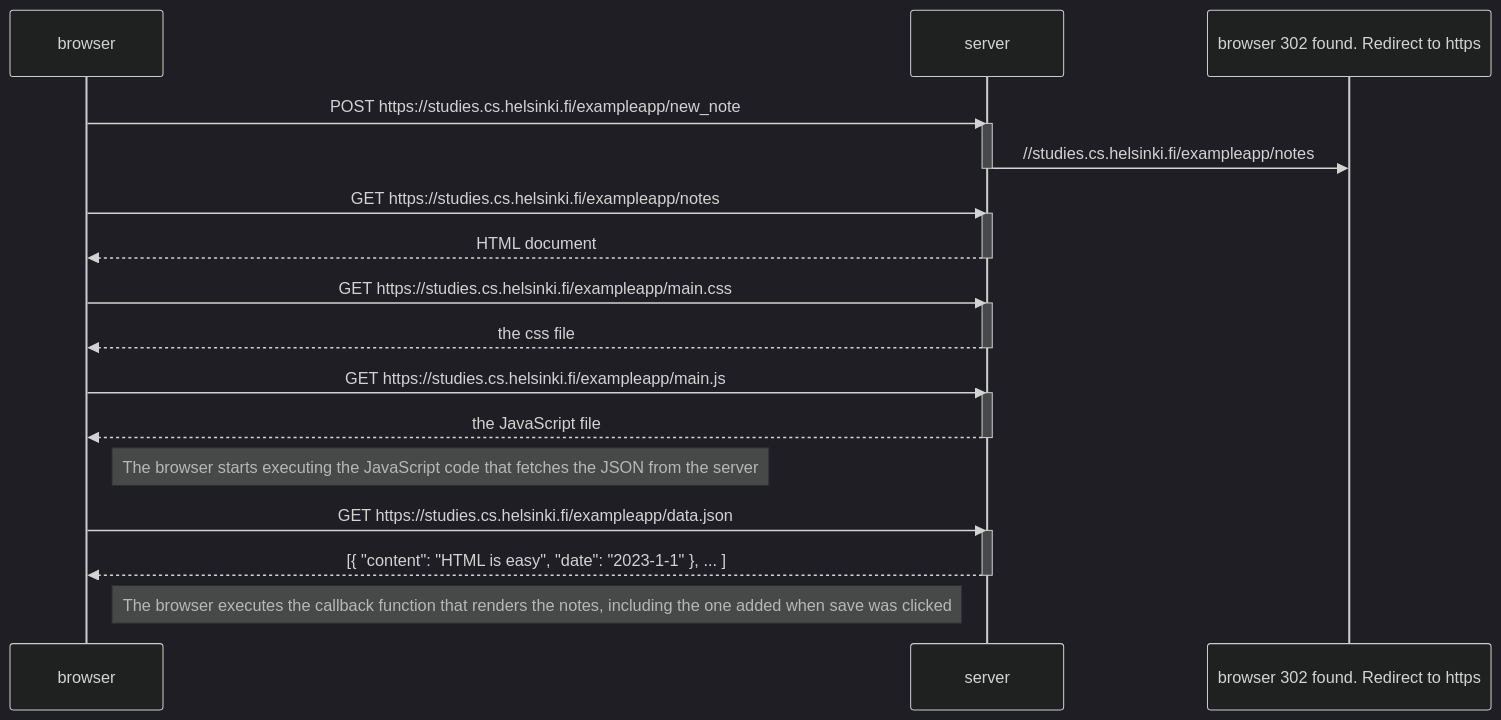
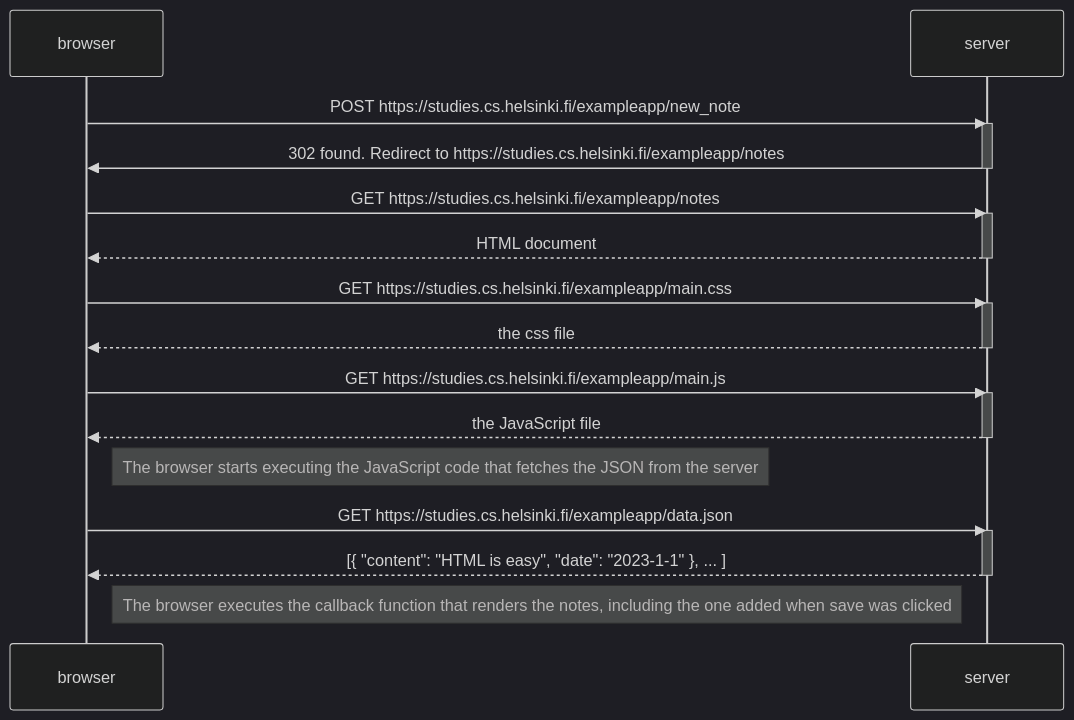
Before and after one commit to ElenaCM-0/FUSTA: the diagram in part0/ex4.md, drawn with Mermaid (dark theme).

Commit message:
Errata in the diagram code

````diff
--- a/part0/ex4.md
+++ b/part0/ex4.md
@@ -1,36 +1,36 @@
 ```mermaid
 sequenceDiagram
 
 participant browser
 participant server
 
 browser->>server: POST https://studies.cs.helsinki.fi/exampleapp/new_note
 
 activate server
-server->>browser 302 found. Redirect to https://studies.cs.helsinki.fi/exampleapp/notes
+server->>browser: 302 found. Redirect to https://studies.cs.helsinki.fi/exampleapp/notes
 deactivate server
 
  browser->>server: GET https://studies.cs.helsinki.fi/exampleapp/notes
 activate server
 server-->>browser: HTML document
 deactivate server
 
 browser->>server: GET https://studies.cs.helsinki.fi/exampleapp/main.css
 activate server
 server-->>browser: the css file
 deactivate server
 
 browser->>server: GET https://studies.cs.helsinki.fi/exampleapp/main.js
 activate server
 server-->>browser: the JavaScript file
 deactivate server
 
 Note right of browser: The browser starts executing the JavaScript code that fetches the JSON from the server
 
 browser->>server: GET https://studies.cs.helsinki.fi/exampleapp/data.json
 activate server
 server-->>browser: [{ "content": "HTML is easy", "date": "2023-1-1" }, ... ]
 deactivate server
 
 Note right of browser: The browser executes the callback function that renders the notes, including the one added when save was clicked
 ```
````
